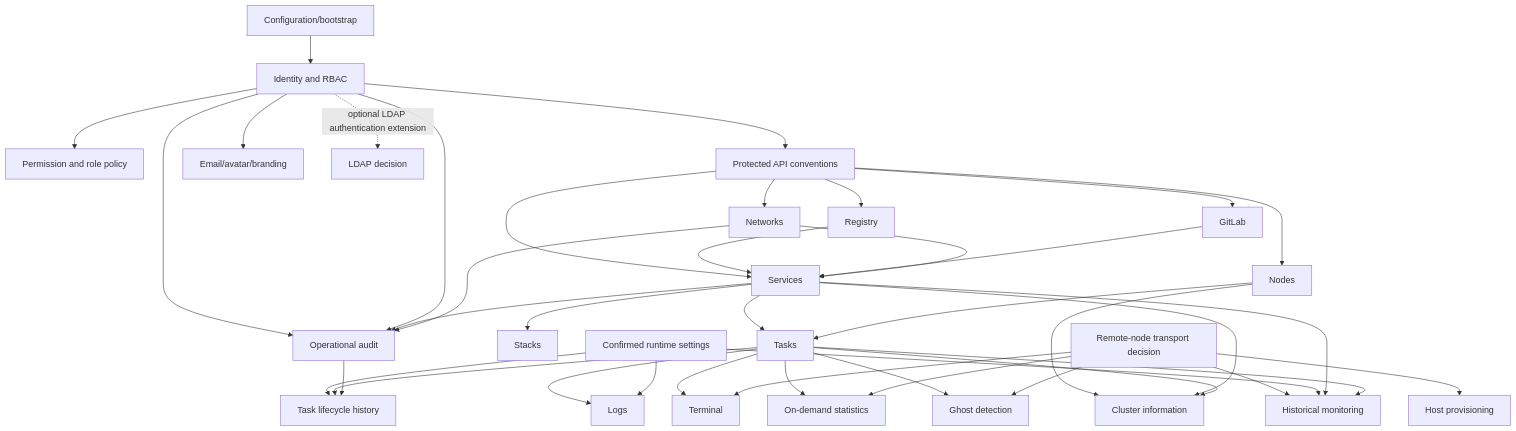
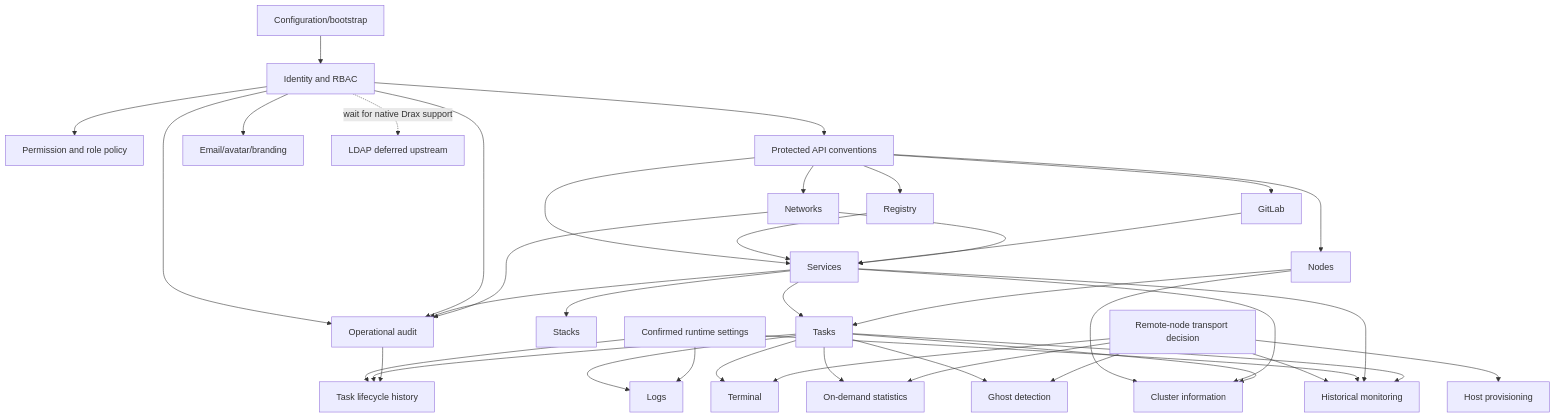
Before and after one commit to ramirosandoval/containerhub: the diagram in docs/migration/DOMAIN_DEPENDENCIES.md, drawn with Mermaid. The commit also changed other lines of this file and 11 other files, not shown here.

````diff
--- a/docs/migration/DOMAIN_DEPENDENCIES.md
+++ b/docs/migration/DOMAIN_DEPENDENCIES.md
@@ -5,45 +5,45 @@
 ```mermaid
 graph TD
   CFG[Configuration/bootstrap] --> ID[Identity and RBAC]
   ID --> PERM[Permission and role policy]
   ID --> AUDIT[Operational audit]
   ID --> API[Protected API conventions]
   API --> SVC[Services]
   API --> NODE[Nodes]
   API --> NET[Networks]
   API --> GL[GitLab]
   API --> REG[Registry]
 
   REG --> SVC
   GL --> SVC
   NET --> SVC
   SVC --> STACK[Stacks]
   SVC --> TASK[Tasks]
   NODE --> TASK
   TASK --> LOG[Logs]
   TASK --> TERM[Terminal]
   TASK --> STAT[On-demand statistics]
   TASK --> GHOST[Ghost detection]
   NODE --> CLUSTER[Cluster information]
   SVC --> CLUSTER
   TASK --> CLUSTER
 
   TOPO[Remote-node transport decision] --> TERM
   TOPO --> STAT
   TOPO --> GHOST
   TOPO --> FS[Host provisioning]
   TOPO --> MON[Historical monitoring]
 
   ID --> AUDIT
   SVC --> AUDIT
   NET --> AUDIT
   SET[Confirmed runtime settings] --> LOG
   SET --> LIFE[Task lifecycle history]
   SET --> MON
   TASK --> LIFE
   AUDIT --> LIFE
   SVC --> MON
   TASK --> MON
   ID --> MEDIA[Email/avatar/branding]
-  ID -. optional LDAP authentication extension .-> LDAP[LDAP decision]
+  ID -. wait for native Drax support .-> LDAP[LDAP deferred upstream]
 ```
````
